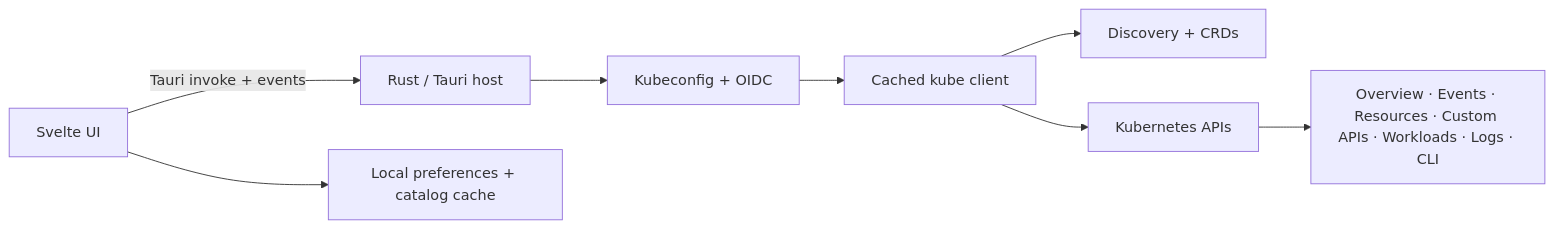
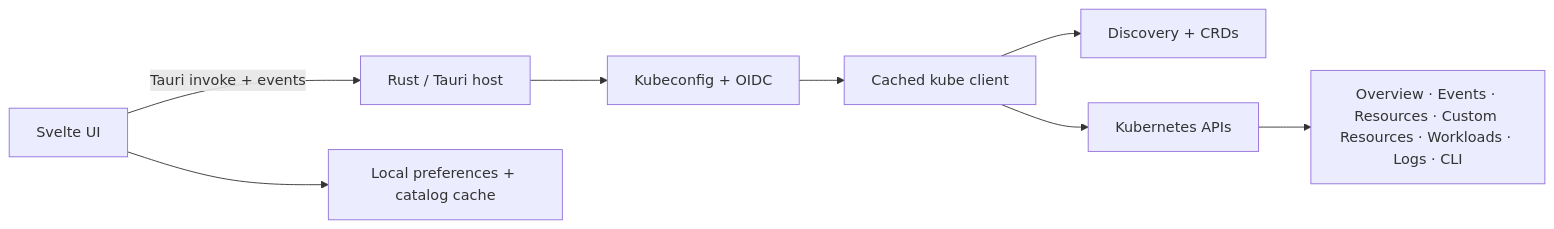
The diagram in README.md (velqa/Kuberniva), drawn with Mermaid before and after one commit. The commit also changed other lines of this file and 21 other files, not shown here.

Commit message:
feat: cluster topology, Argo CD graph, Helm, OCM hub, menu bar update checks (v0.6.0)

````diff
--- a/README.md
+++ b/README.md
@@ -112,10 +115,10 @@
 ```mermaid
 flowchart LR
     UI["Svelte UI"] -->|Tauri invoke + events| HOST["Rust / Tauri host"]
     HOST --> CONFIG["Kubeconfig + OIDC"]
     CONFIG --> CLIENT["Cached kube client"]
     CLIENT --> DISCOVERY["Discovery + CRDs"]
     CLIENT --> API["Kubernetes APIs"]
-    API --> FEATURES["Overview · Events · Resources · Custom APIs · Workloads · Logs · CLI"]
+    API --> FEATURES["Overview · Events · Resources · Custom Resources · Workloads · Logs · CLI"]
     UI --> PREFS["Local preferences + catalog cache"]
 ```
````
